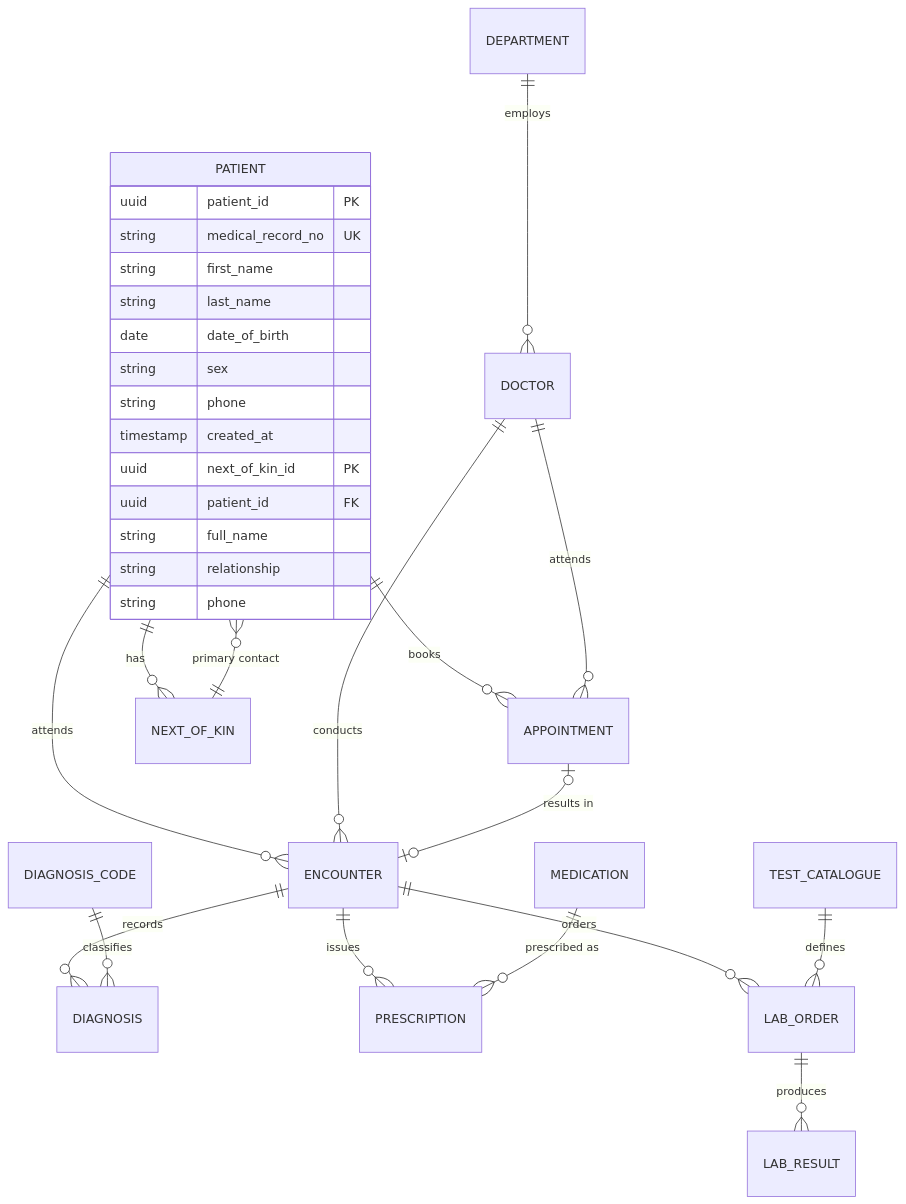
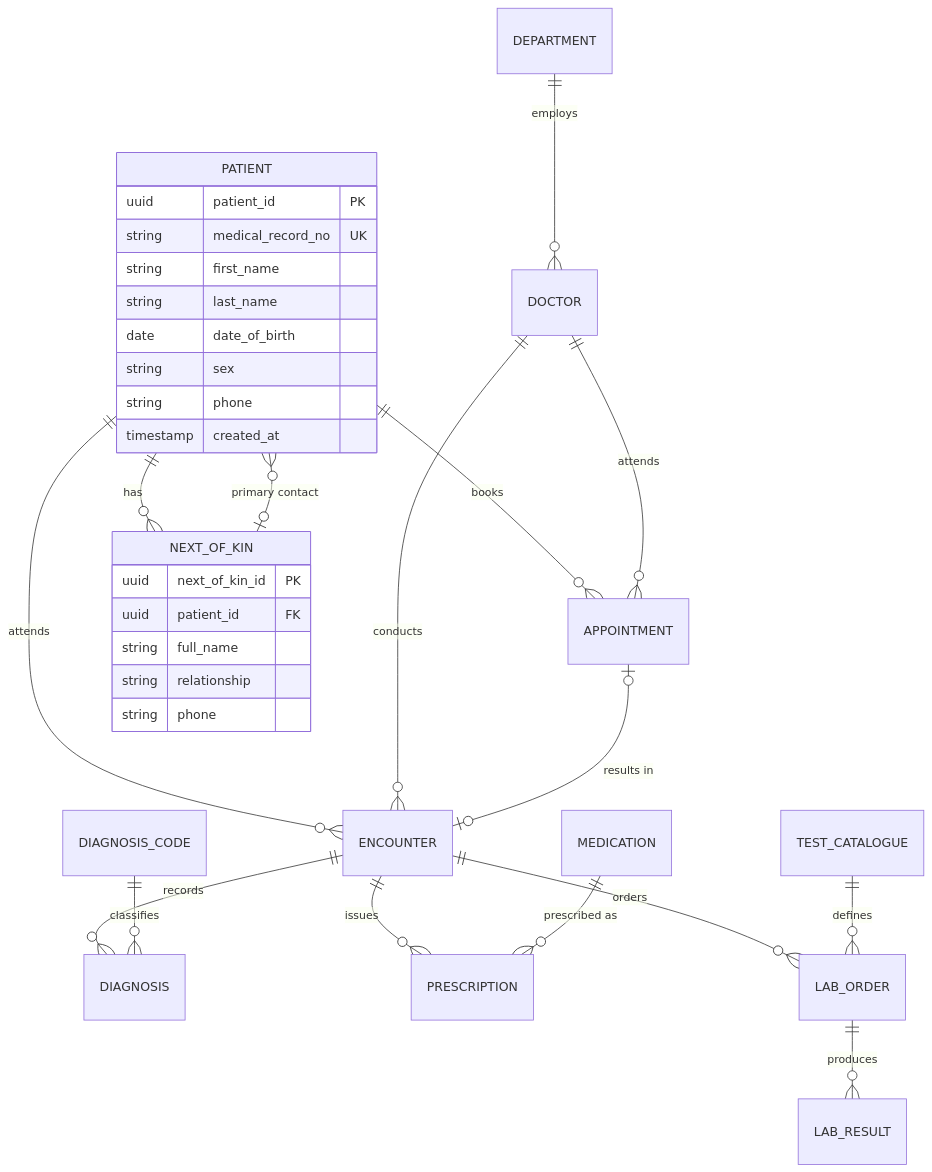
The diagram in portfolio-1-database-design/er-diagram.md (bigphysiology-coder/advanced-database-portfolio), drawn with Mermaid before and after one commit.

Commit message:
fix(p1): correct next-of-kin entity label in ER sketch

````diff
--- a/portfolio-1-database-design/er-diagram.md
+++ b/portfolio-1-database-design/er-diagram.md
@@ -10,41 +10,41 @@
 ```mermaid
 erDiagram
     PATIENT ||--o{ APPOINTMENT : "books"
     PATIENT ||--o{ ENCOUNTER : "attends"
     PATIENT ||--o{ NEXT_OF_KIN : "has"
-    PATIENT }o--|| NEXT_OF_KIN : "primary contact"
+    PATIENT }o--o| NEXT_OF_KIN : "primary contact"
 
     DEPARTMENT ||--o{ DOCTOR : "employs"
     DOCTOR ||--o{ APPOINTMENT : "attends"
     DOCTOR ||--o{ ENCOUNTER : "conducts"
 
     APPOINTMENT |o--o| ENCOUNTER : "results in"
     ENCOUNTER ||--o{ DIAGNOSIS : "records"
     ENCOUNTER ||--o{ PRESCRIPTION : "issues"
     ENCOUNTER ||--o{ LAB_ORDER : "orders"
 
     MEDICATION ||--o{ PRESCRIPTION : "prescribed as"
     DIAGNOSIS_CODE ||--o{ DIAGNOSIS : "classifies"
 
     LAB_ORDER ||--o{ LAB_RESULT : "produces"
     TEST_CATALOGUE ||--o{ LAB_ORDER : "defines"
 
     PATIENT {
         uuid   patient_id PK
         string medical_record_no UK
         string first_name
         string last_name
         date   date_of_birth
         string sex
         string phone
         timestamp created_at
     }
 
-    PATIENT {
-        uuid next_of_kin_id PK
-        uuid patient_id FK
+    NEXT_OF_KIN {
+        uuid   next_of_kin_id PK
+        uuid   patient_id FK
         string full_name
         string relationship
         string phone
     }
 ```
````
